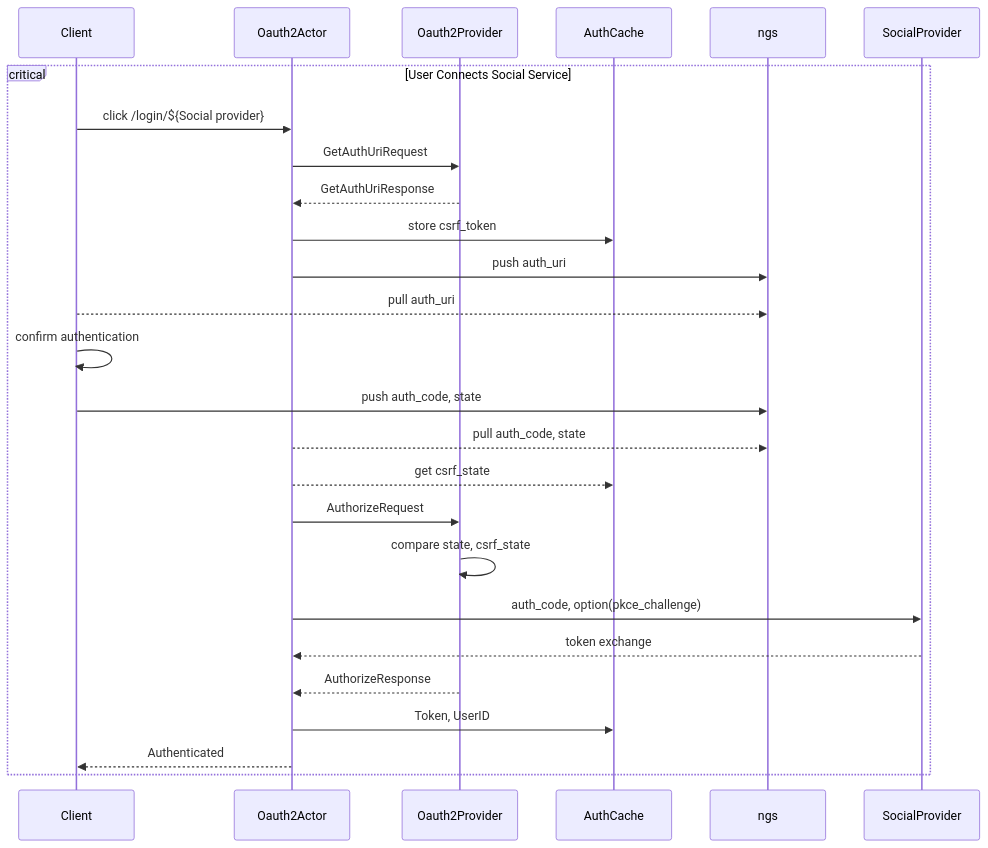
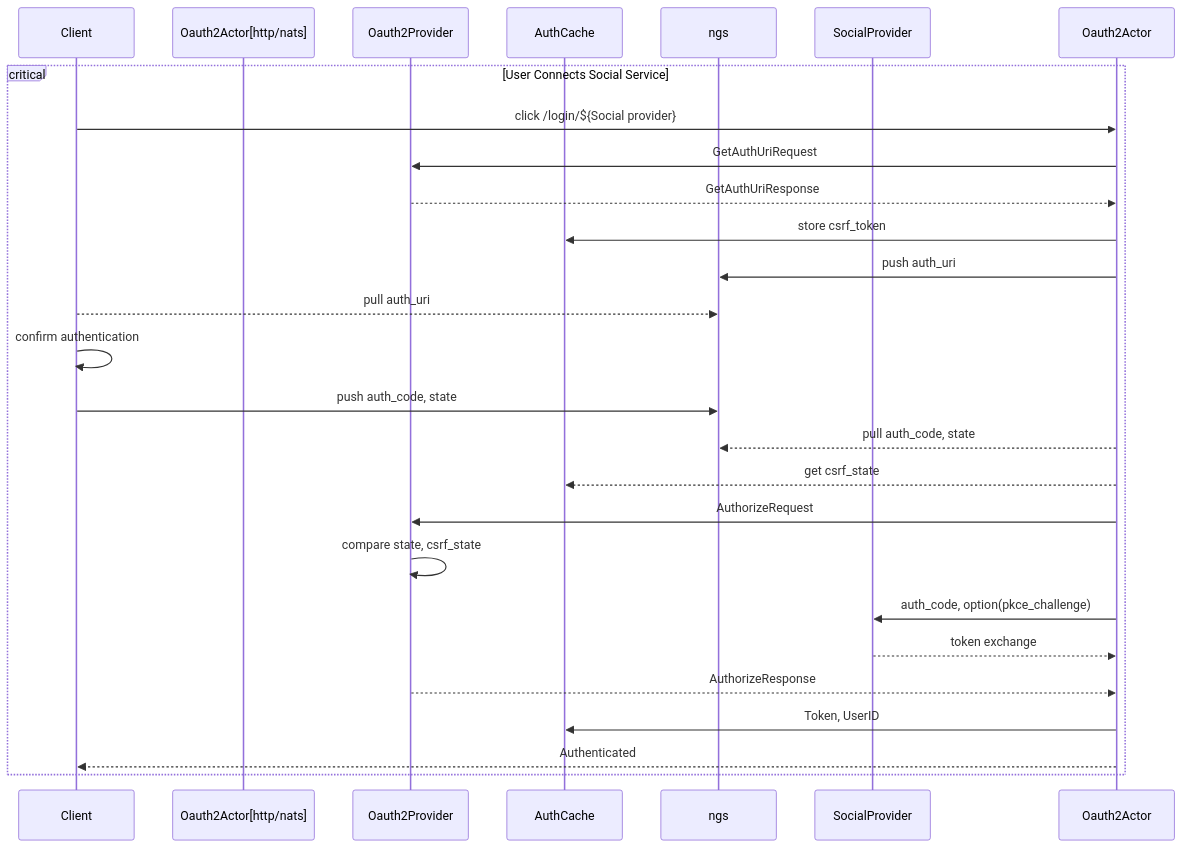
The diagram in oauth2/oauth2.md (jamminmusic/Features), drawn with Mermaid before and after one commit.

Commit message:
intermittent checkin - update Oauth2 diagram to show what providers auth actor uses

````diff
--- a/oauth2/oauth2.md
+++ b/oauth2/oauth2.md
@@ -3,30 +3,31 @@
 ``` mermaid
 sequenceDiagram
     %% Actors
     participant Client
-    participant Oauth2Actor
+    participant Oauth2Actor[http/nats]
+    
     participant Oauth2Provider
     participant AuthCache
     participant ngs
     participant SocialProvider
 
     critical User Connects Social Service
         Client ->> Oauth2Actor: click /login/${Social provider}
         Oauth2Actor ->> Oauth2Provider: GetAuthUriRequest
         Oauth2Provider -->> Oauth2Actor: GetAuthUriResponse
         Oauth2Actor ->> AuthCache: store csrf_token
         Oauth2Actor ->> ngs: push auth_uri
         Client -->> ngs: pull auth_uri
         Client ->> Client: confirm authentication
         Client ->> ngs: push auth_code, state
         Oauth2Actor -->> ngs: pull auth_code, state
         Oauth2Actor -->> AuthCache: get csrf_state
         Oauth2Actor ->> Oauth2Provider: AuthorizeRequest
         Oauth2Provider ->> Oauth2Provider: compare state, csrf_state
         Oauth2Actor ->> SocialProvider: auth_code, option(pkce_challenge)
         SocialProvider -->> Oauth2Actor: token exchange
         Oauth2Provider -->> Oauth2Actor: AuthorizeResponse
         Oauth2Actor ->> AuthCache: Token, UserID
         Oauth2Actor -->> Client: Authenticated
     end
 ```
````
